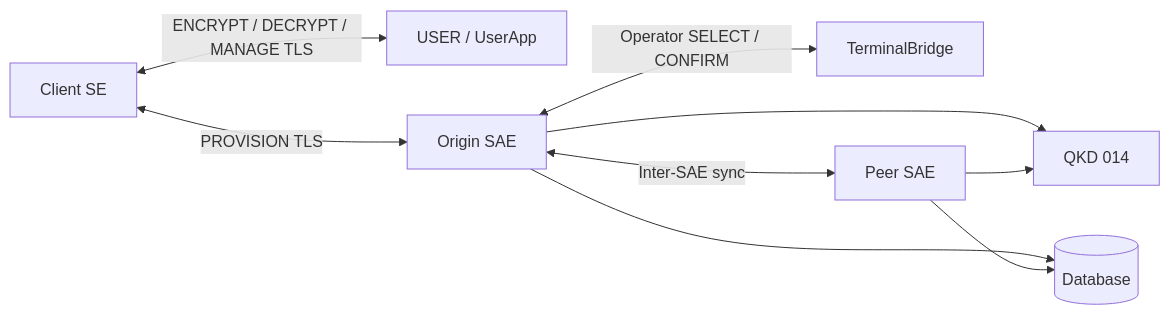
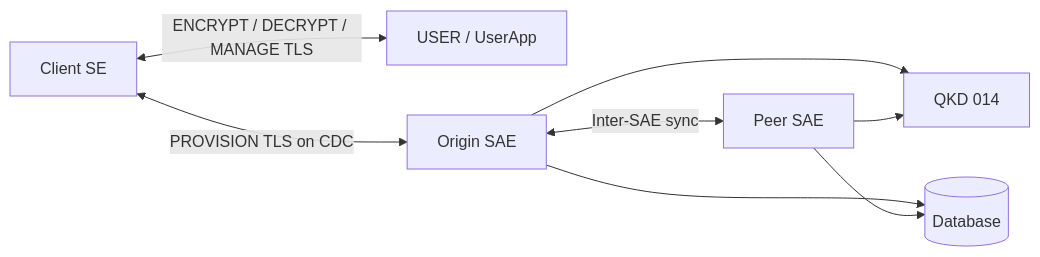
Before and after one commit to vonasmic/one-time-pad-keychain: the tenth of 10 diagrams in JAVA_APPS/docs/FLOWCHARTS.md, drawn with Mermaid. The commit also changed other lines of this file and 119 other files, not shown here.

````diff
--- a/JAVA_APPS/docs/FLOWCHARTS.md
+++ b/JAVA_APPS/docs/FLOWCHARTS.md
@@ -242,19 +263,17 @@
 ```mermaid
 flowchart LR
     SE[Client SE]
     UserApp[USER / UserApp]
     OriginSAE[Origin SAE]
-    Terminal[TerminalBridge]
     PeerSAE[Peer SAE]
     QKD[QKD 014]
     DB[(Database)]
 
     SE <-->|ENCRYPT / DECRYPT / MANAGE TLS| UserApp
-    SE <-->|PROVISION TLS| OriginSAE
-    OriginSAE <-->|Operator SELECT / CONFIRM| Terminal
+    SE <-->|PROVISION TLS on CDC| OriginSAE
     OriginSAE <-->|Inter-SAE sync| PeerSAE
     OriginSAE --> QKD
     PeerSAE --> QKD
     OriginSAE --> DB
     PeerSAE --> DB
 ```
````
